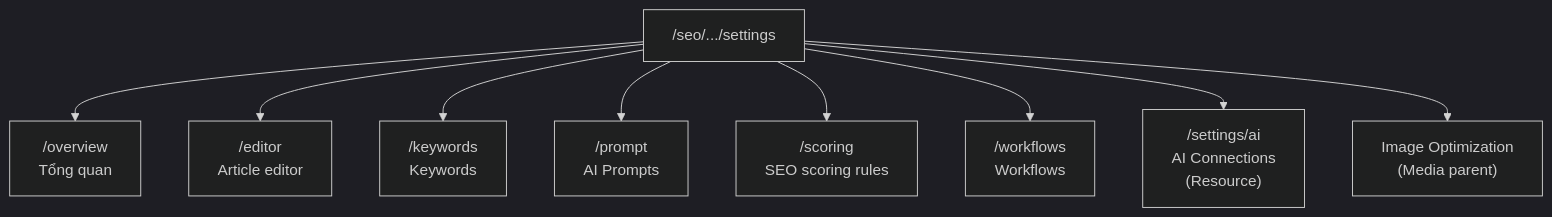
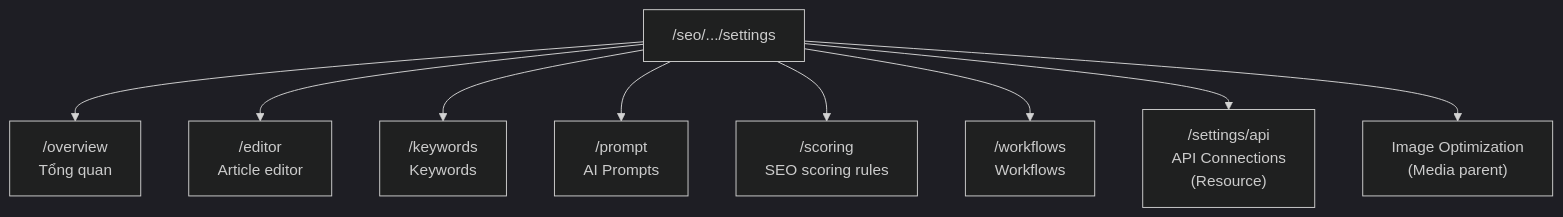
One commit to trung8356621/omnichannel-backend changed the first of 2 diagrams in docs/MAP_SEO_SETTINGS.md. Above: the diagram before and after it, drawn with Mermaid (dark theme). The commit also changed other lines of this file and 126 other files, not shown here.

````diff
--- a/docs/MAP_SEO_SETTINGS.md
+++ b/docs/MAP_SEO_SETTINGS.md
@@ -17,12 +17,12 @@
 ```mermaid
 flowchart TB
     SETTINGS["/seo/.../settings"]
     SETTINGS --> OVERVIEW["/overview<br/>Tổng quan"]
     SETTINGS --> EDITOR["/editor<br/>Article editor"]
     SETTINGS --> KEYWORDS["/keywords<br/>Keywords"]
     SETTINGS --> PROMPT["/prompt<br/>AI Prompts"]
     SETTINGS --> SCORING["/scoring<br/>SEO scoring rules"]
     SETTINGS --> WORKFLOWS["/workflows<br/>Workflows"]
-    SETTINGS --> AI["/settings/ai<br/>AI Connections<br/>(Resource)"]
+    SETTINGS --> AI["/settings/api<br/>API Connections<br/>(Resource)"]
     SETTINGS --> IMG["Image Optimization<br/>(Media parent)"]
 ```
````
